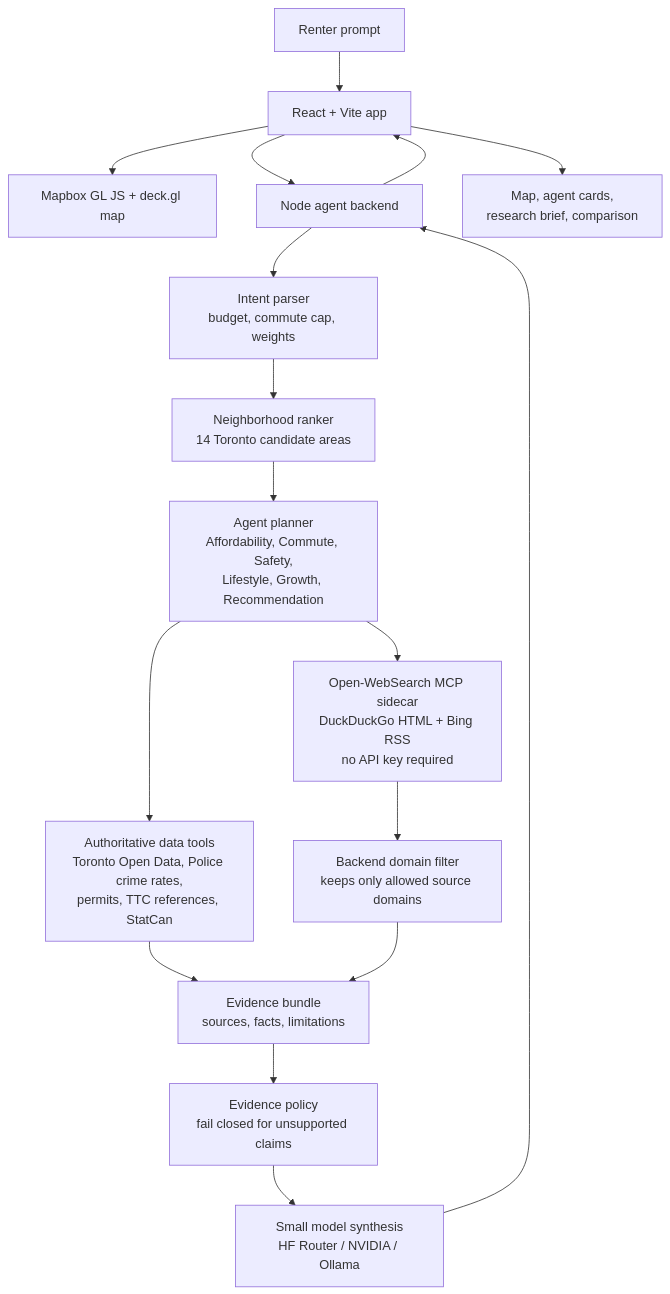
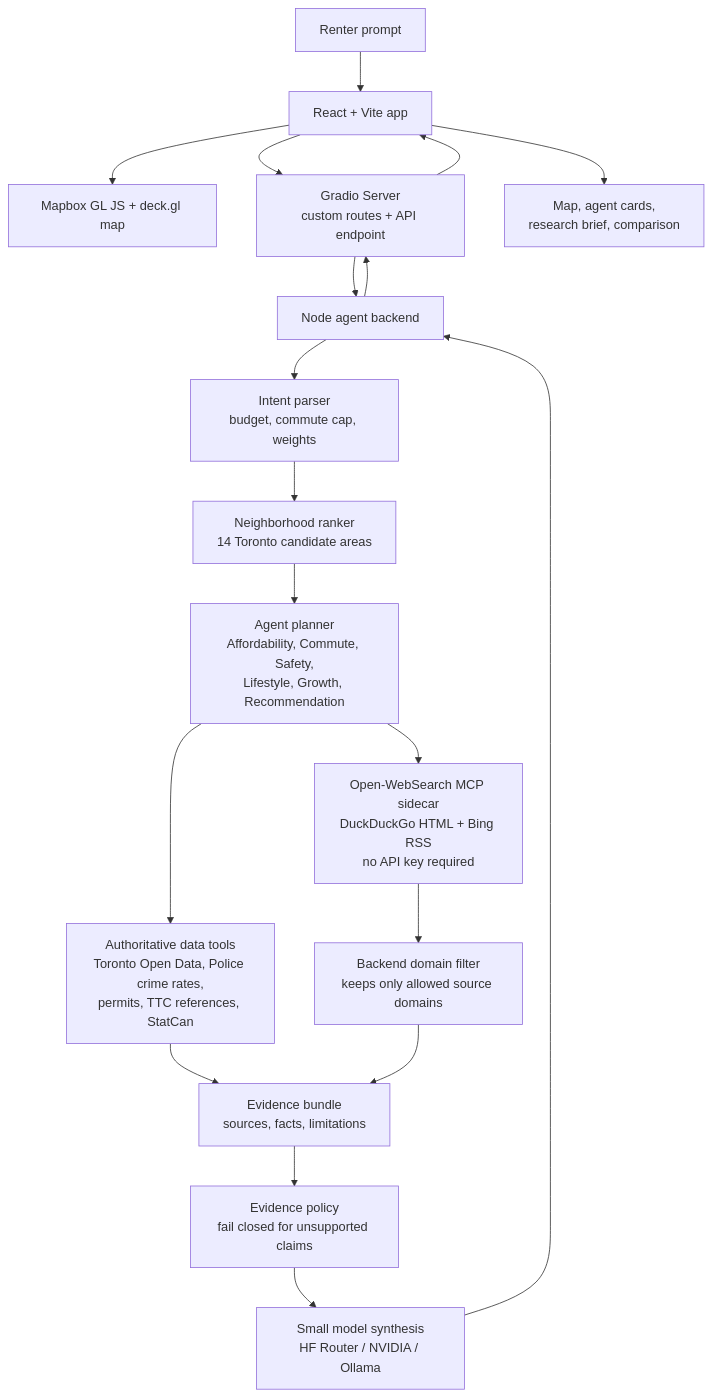
Before and after one commit to own-path/6ixPulse: the diagram in README.md, drawn with Mermaid. The commit also changed other lines of this file and 7 other files, not shown here.

````diff
--- a/README.md
+++ b/README.md
@@ -55,22 +58,24 @@
 ```mermaid
 flowchart TD
   User["Renter prompt"] --> UI["React + Vite app"]
   UI --> Map["Mapbox GL JS + deck.gl map"]
-  UI --> API["Node agent backend"]
+  UI --> Gradio["Gradio Server\ncustom routes + API endpoint"]
+  Gradio --> API["Node agent backend"]
 
   API --> Parser["Intent parser\nbudget, commute cap, weights"]
   Parser --> Ranker["Neighborhood ranker\n14 Toronto candidate areas"]
   Ranker --> Agents["Agent planner\nAffordability, Commute, Safety,\nLifestyle, Growth, Recommendation"]
 
   Agents --> Official["Authoritative data tools\nToronto Open Data, Police crime rates,\npermits, TTC references, StatCan"]
   Agents --> MCP["Open-WebSearch MCP sidecar\nDuckDuckGo HTML + Bing RSS\nno API key required"]
   MCP --> Filter["Backend domain filter\nkeeps only allowed source domains"]
   Official --> Evidence["Evidence bundle\nsources, facts, limitations"]
   Filter --> Evidence
 
   Evidence --> Policy["Evidence policy\nfail closed for unsupported claims"]
   Policy --> Model["Small model synthesis\nHF Router / NVIDIA / Ollama"]
   Model --> API
-  API --> UI
+  API --> Gradio
+  Gradio --> UI
   UI --> Panels["Map, agent cards,\nresearch brief, comparison"]
 ```
````
